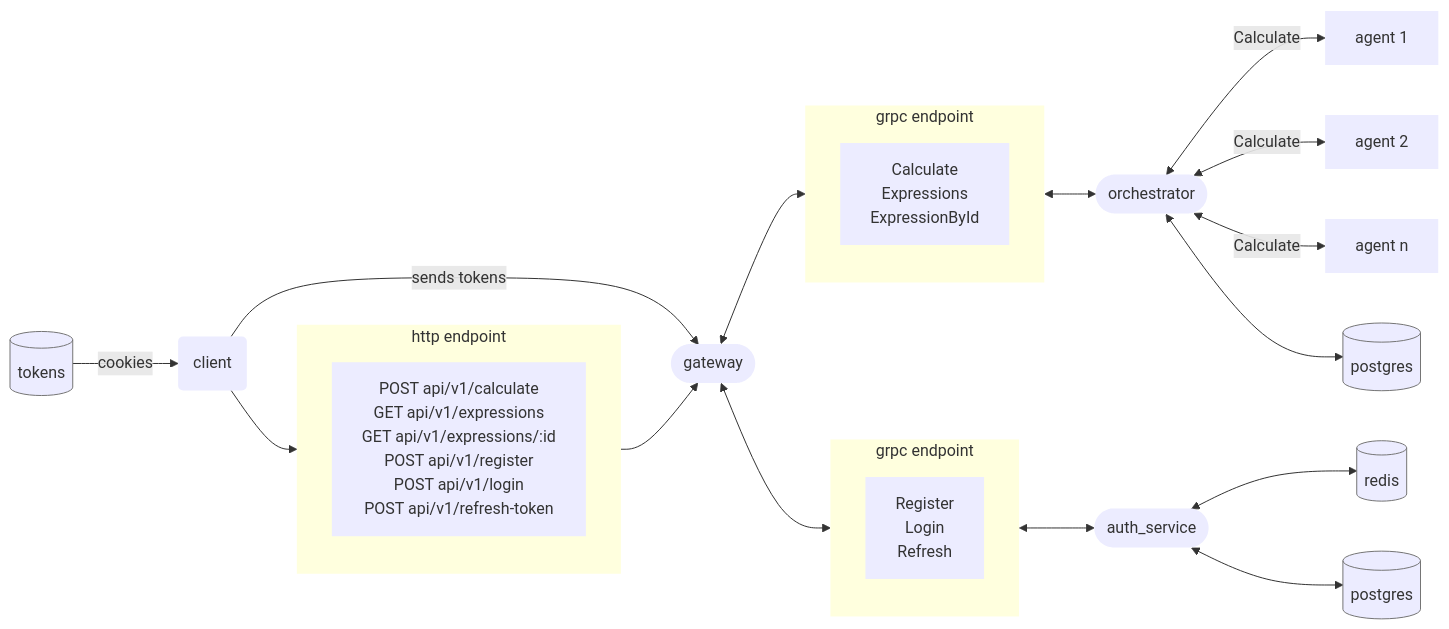
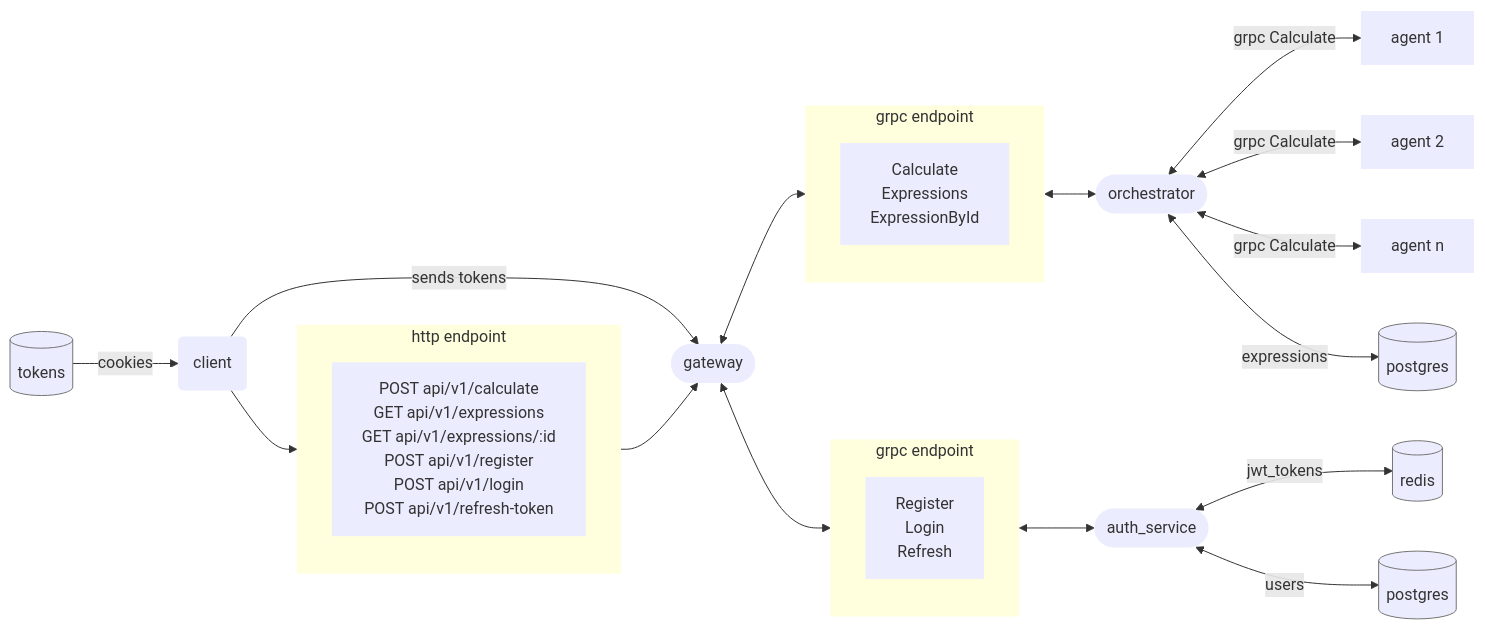
Before and after one commit to jaam8/web_calculator: the diagram in README.md, drawn with Mermaid.

Commit message:
docs(README.md): update project working scheme

````diff
--- a/README.md
+++ b/README.md
@@ -24,51 +24,52 @@
 ```mermaid
 flowchart LR
 subgraph all["http endpoint"]
    n["POST api/v1/calculate
    GET api/v1/expressions
    GET api/v1/expressions/:id
    POST api/v1/register
    POST api/v1/login
    POST api/v1/refresh-token"]
 end
 subgraph orchestrator["grpc endpoint"]
    o["Calculate
    Expressions
    ExpressionById"]
 end
 subgraph auth["grpc endpoint"]
    a["Register
    Login
    Refresh"]
 end
 
    cookie[("tokens")] -- cookies --> C("client")
    C --> all
    all --> G(["gateway"])
-   O(["orchestrator"]) <-- Calculate --> A1["agent 1"] & A2["agent 2"] & A3["agent n"]
+   O(["orchestrator"]) <-- grpc Calculate --> A1["agent 1"] & A2["agent 2"] & A3["agent n"]
    G <--> orchestrator & auth
    orchestrator <--> O
    auth <--> A(["auth_service"])
    C -- sends tokens --> G
-   A <--> redis[("redis")] & a_db[("postgres")]
-   O <--> o_db[("postgres")]
+   A -- jwt_tokens <--> redis[("redis")] 
+   A -- users <--> a_db[("postgres")]
+   O -- expressions <--> o_db[("postgres")]
 
    n:::elem
    o:::elem
    a:::elem
    C:::elem
    all:::elem
    G:::elem
    O:::elem
    A1:::elem
    A2:::elem
    A3:::elem
    orchestrator:::elem
    auth:::elem
    A:::elem
    classDef elem stroke-width:0px
    style cookie stroke:#757575
    style redis stroke:#757575
    style a_db stroke:#757575
    style o_db stroke:#757575
 ```
````
